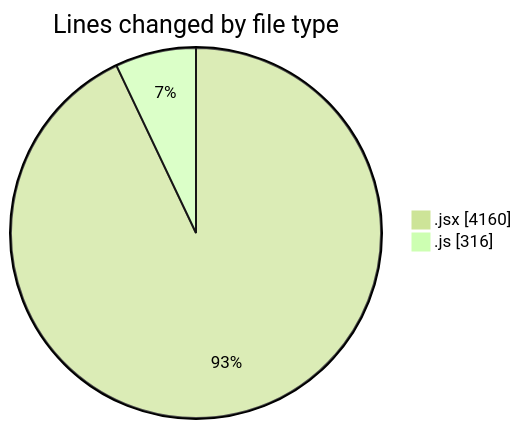
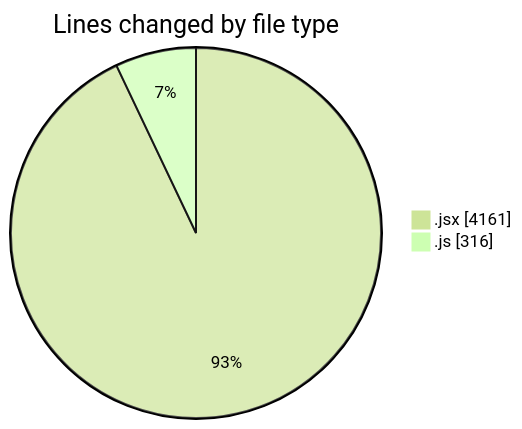
Before and after one commit to nxtqubesakshisongat/code-tracking: the first of 2 diagrams in 2025-07-13/argos/README.md, drawn with Mermaid (forest theme). The commit also changed other lines of this file and 1 other file, not shown here.

````diff
--- a/2025-07-13/argos/README.md
+++ b/2025-07-13/argos/README.md
@@ -22,6 +22,6 @@
 ```mermaid
 pie showData
 title Lines changed by file type
-".jsx" : 4160
+".jsx" : 4161
 ".js" : 316
 ```
````
